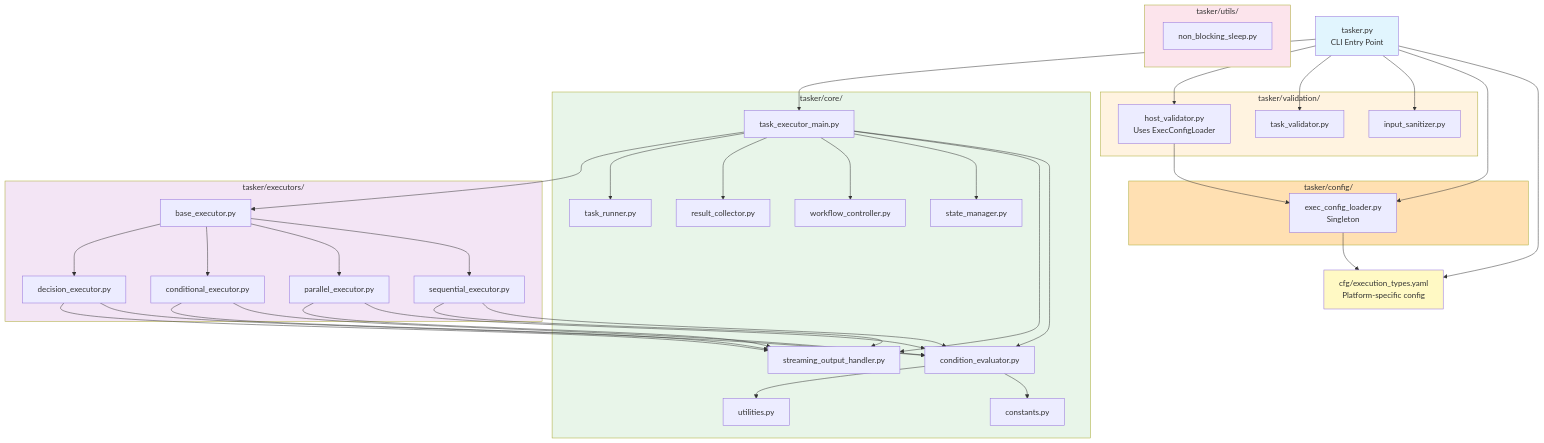
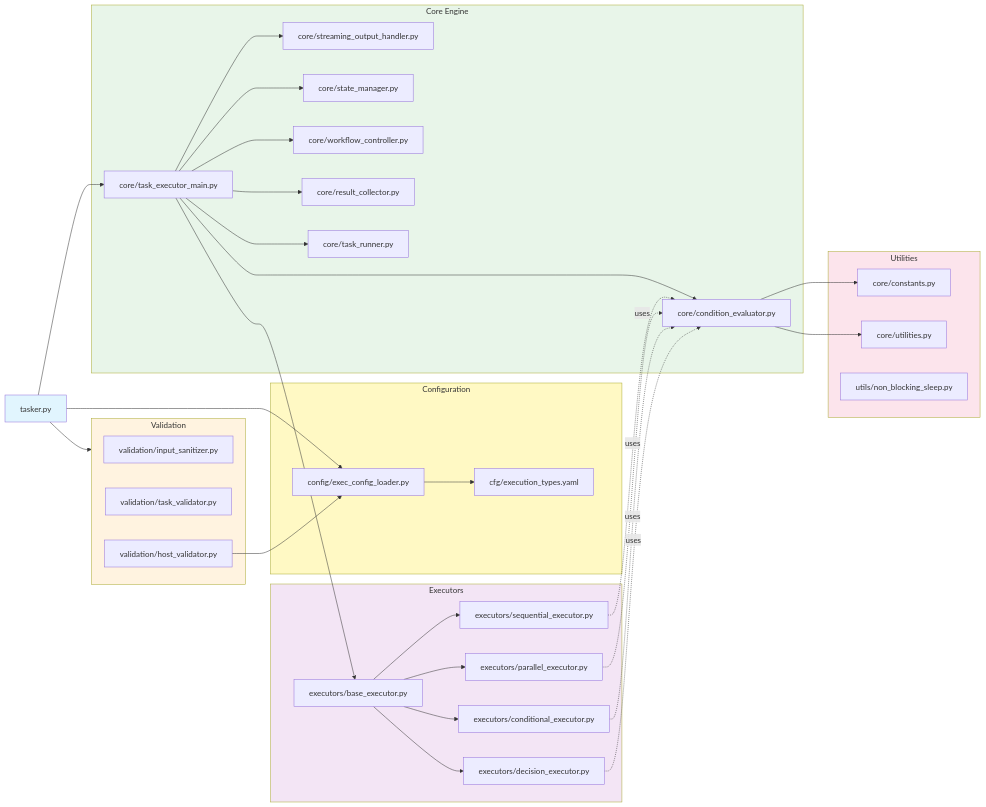
One commit to bastelbude1/Tasker changed the fourth of 8 diagrams in ARCHITECTURE_MERMAID.md. Above: the diagram before and after it, drawn with Mermaid.

First paragraph of the commit message:
docs: Optimize Module Dependency Graph layout in ARCHITECTURE_MERMAID.md
Significantly improved visual representation of the Module Dependency Graph
to reduce horizontal space and improve readability:

````diff
--- a/ARCHITECTURE_MERMAID.md
+++ b/ARCHITECTURE_MERMAID.md
@@ -157,81 +157,74 @@
 ```mermaid
-graph TB
-    CLI[tasker.py<br/>CLI Entry Point]
-    CfgYAML[cfg/execution_types.yaml<br/>Platform-specific config]
+graph LR
+    CLI[tasker.py]
 
-    subgraph Config["tasker/config/"]
-        ExecLoader[exec_config_loader.py<br/>Singleton]
+    subgraph CFG["Configuration"]
+        YAML[cfg/execution_types.yaml]
+        Loader[config/exec_config_loader.py]
     end
 
-    subgraph Validation["tasker/validation/"]
-        InputSan[input_sanitizer.py]
-        TaskVal[task_validator.py]
-        HostVal[host_validator.py<br/>Uses ExecConfigLoader]
+    subgraph VAL["Validation"]
+        Sanitizer[validation/input_sanitizer.py]
+        TaskValidator[validation/task_validator.py]
+        HostValidator[validation/host_validator.py]
     end
 
-    subgraph Core["tasker/core/"]
-        TaskExec[task_executor_main.py]
-        CondEval[condition_evaluator.py]
-        StreamOut[streaming_output_handler.py]
-        StateManager[state_manager.py]
-        WorkflowCtrl[workflow_controller.py]
-        ResultColl[result_collector.py]
-        TaskRunner[task_runner.py]
-        Constants[constants.py]
-        Utilities[utilities.py]
+    subgraph CORE["Core Engine"]
+        Main[core/task_executor_main.py]
+        Cond[core/condition_evaluator.py]
+        Stream[core/streaming_output_handler.py]
+        State[core/state_manager.py]
+        Workflow[core/workflow_controller.py]
+        Results[core/result_collector.py]
+        Runner[core/task_runner.py]
     end
 
-    subgraph Executors["tasker/executors/"]
-        BaseExec[base_executor.py]
-        SeqExec[sequential_executor.py]
-        ParExec[parallel_executor.py]
-        CondExec[conditional_executor.py]
-        DecExec[decision_executor.py]
+    subgraph EXEC["Executors"]
+        Base[executors/base_executor.py]
+        Sequential[executors/sequential_executor.py]
+        Parallel[executors/parallel_executor.py]
+        Conditional[executors/conditional_executor.py]
+        Decision[executors/decision_executor.py]
     end
 
-    subgraph Utils["tasker/utils/"]
-        NonBlockSleep[non_blocking_sleep.py]
+    subgraph UTIL["Utilities"]
+        Constants[core/constants.py]
+        Utils[core/utilities.py]
+        Sleep[utils/non_blocking_sleep.py]
     end
 
-    CLI --> CfgYAML
-    CLI --> ExecLoader
-    CLI --> InputSan
-    CLI --> TaskVal
-    CLI --> HostVal
-    CLI --> TaskExec
-    ExecLoader --> CfgYAML
-    HostVal --> ExecLoader
+    CLI --> Loader
+    CLI --> VAL
+    CLI --> Main
 
-    TaskExec --> CondEval
-    TaskExec --> StreamOut
-    TaskExec --> StateManager
-    TaskExec --> WorkflowCtrl
-    TaskExec --> ResultColl
-    TaskExec --> TaskRunner
-    TaskExec --> BaseExec
+    Loader --> YAML
+    HostValidator --> Loader
 
-    CondEval --> Constants
-    CondEval --> Utilities
+    Main --> Cond
+    Main --> Stream
+    Main --> State
+    Main --> Workflow
+    Main --> Results
+    Main --> Runner
+    Main --> Base
 
-    BaseExec --> SeqExec
-    BaseExec --> ParExec
-    BaseExec --> CondExec
-    BaseExec --> DecExec
+    Base --> Sequential
+    Base --> Parallel
+    Base --> Conditional
+    Base --> Decision
 
-    SeqExec --> CondEval
-    SeqExec --> StreamOut
-    ParExec --> CondEval
-    ParExec --> StreamOut
-    CondExec --> CondEval
-    CondExec --> StreamOut
-    DecExec --> CondEval
-    DecExec --> StreamOut
+    Sequential -.uses.-> Cond
+    Parallel -.uses.-> Cond
+    Conditional -.uses.-> Cond
+    Decision -.uses.-> Cond
+
+    Cond --> Constants
+    Cond --> Utils
 
     style CLI fill:#e1f5fe
-    style CfgYAML fill:#fff9c4
-    style Config fill:#ffe0b2
-    style Validation fill:#fff3e0
-    style Core fill:#e8f5e9
-    style Executors fill:#f3e5f5
-    style Utils fill:#fce4ec
+    style CFG fill:#fff9c4
+    style VAL fill:#fff3e0
+    style CORE fill:#e8f5e9
+    style EXEC fill:#f3e5f5
+    style UTIL fill:#fce4ec
 ```
````
